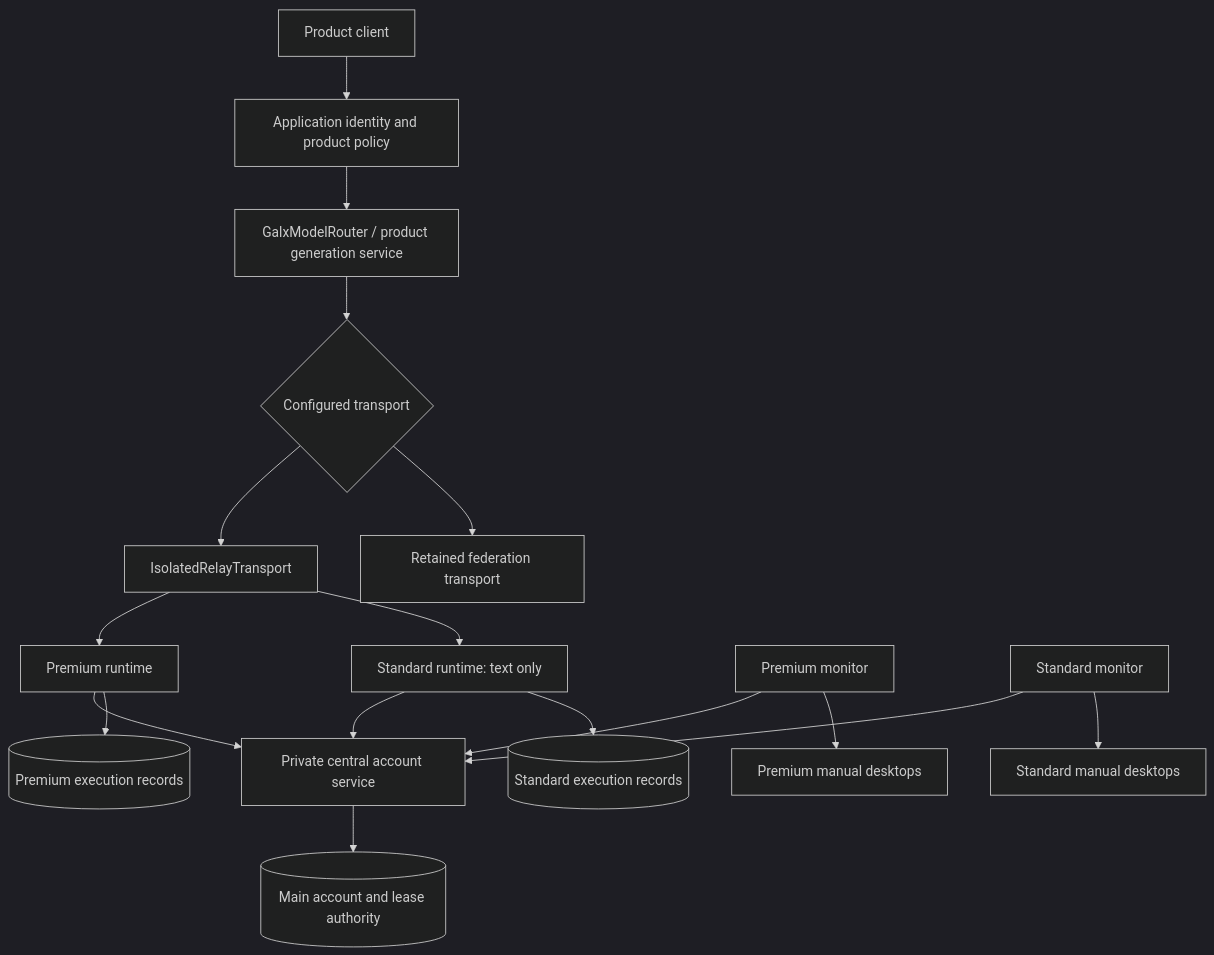
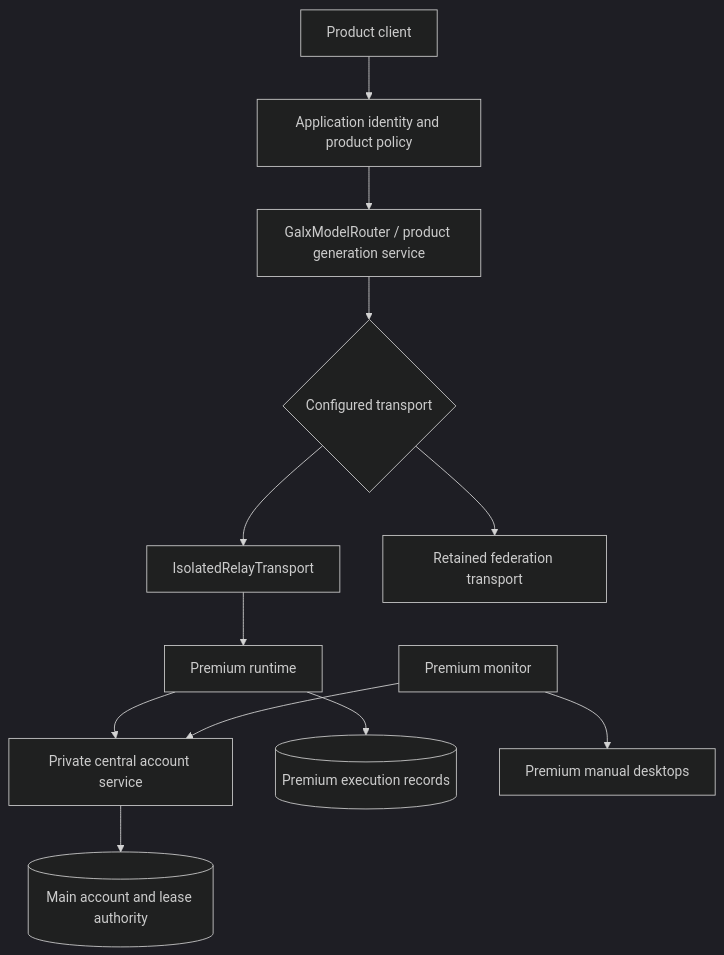
The diagram in docs/maintainers/SUBSYSTEM_INTERNALS_AND_DEPENDENCY_GRAPH.md (CardSorting/GALXAI), drawn with Mermaid (dark theme) before and after one commit. The commit also changed other lines of this file and 198 other files, not shown here.

First line of the commit message:
feat(stars): transition to agent publishing network with durable follows and phase 2 schema

````diff
--- a/docs/maintainers/SUBSYSTEM_INTERNALS_AND_DEPENDENCY_GRAPH.md
+++ b/docs/maintainers/SUBSYSTEM_INTERNALS_AND_DEPENDENCY_GRAPH.md
@@ -9,19 +9,14 @@
 ```mermaid
 flowchart TD
   Client[Product client] --> App[Application identity and product policy]
   App --> Router[GalxModelRouter / product generation service]
   Router --> Mode{Configured transport}
   Mode --> Isolated[IsolatedRelayTransport]
   Isolated --> Premium[Premium runtime]
-  Isolated --> Standard[Standard runtime: text only]
   Mode --> Legacy[Retained federation transport]
   Premium --> Central[Private central account service]
-  Standard --> Central
   Central --> Main[(Main account and lease authority)]
   Premium --> PremiumDB[(Premium execution records)]
-  Standard --> StandardDB[(Standard execution records)]
   PM[Premium monitor] --> Central
-  SM[Standard monitor] --> Central
   PM --> PD[Premium manual desktops]
-  SM --> SD[Standard manual desktops]
 ```
````
